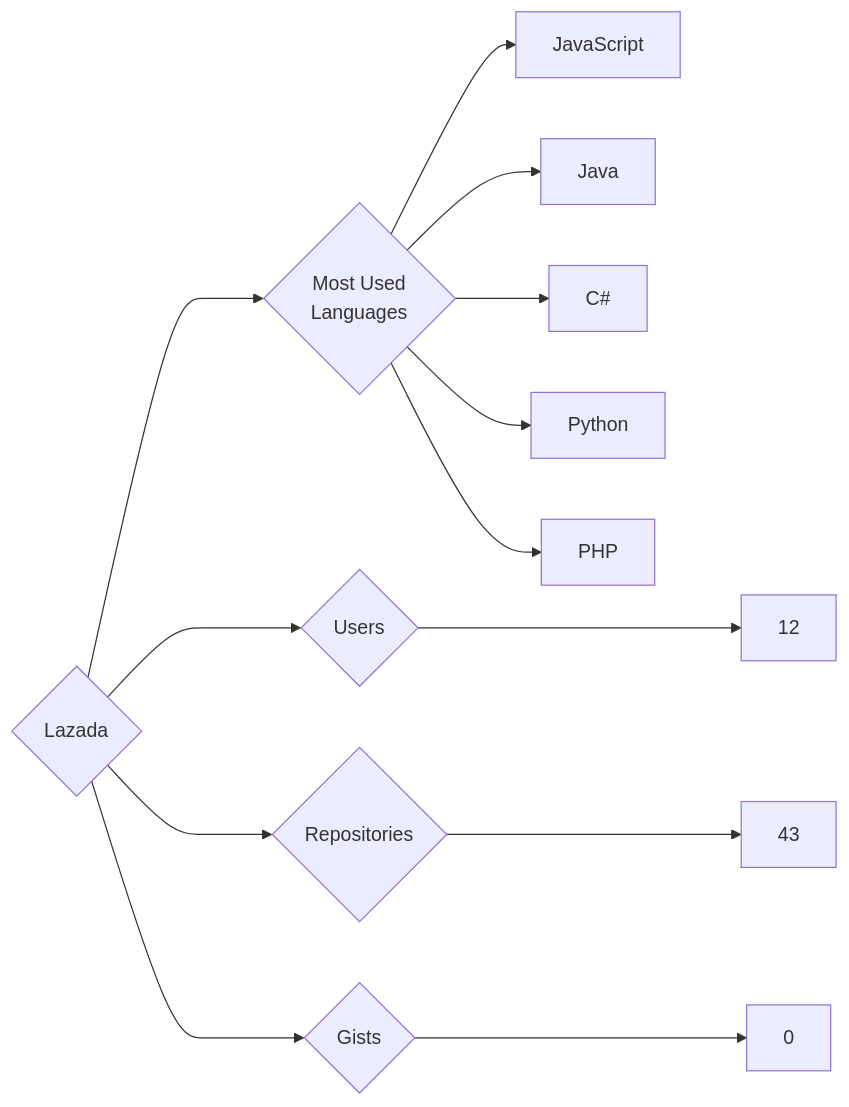
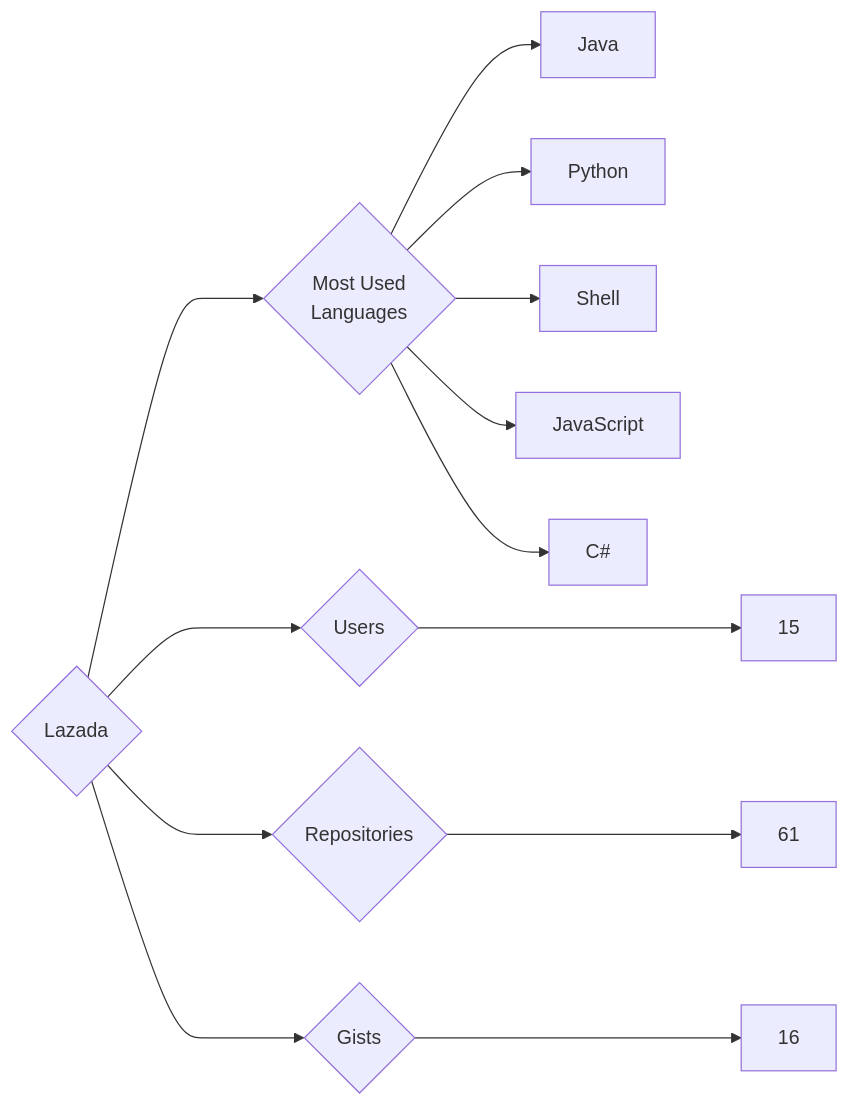
One commit to trickest/insiders changed the diagram in targets/Lazada/README.md. Above: the diagram before and after it, drawn with Mermaid. The commit also changed 984 other files, not shown here.

````diff
--- a/targets/Lazada/README.md
+++ b/targets/Lazada/README.md
@@ -3,13 +3,13 @@
 ```mermaid
 graph LR
 COMPANY_NAME{Lazada}
-COMPANY_NAME ---> U{Users} ---> UN[12]
-COMPANY_NAME ---> R{Repositories} ---> RN[43]
-COMPANY_NAME ---> G{Gists} ---> GN[0]
+COMPANY_NAME ---> U{Users} ---> UN[15]
+COMPANY_NAME ---> R{Repositories} ---> RN[61]
+COMPANY_NAME ---> G{Gists} ---> GN[16]
 COMPANY_NAME ---> ML{Most Used<br>Languages}
-ML --> JavaScript
-ML --> Java
-ML --> C#
-ML --> Python
-ML --> PHP
+ML --> Java[Java]
+ML --> Python[Python]
+ML --> Shell[Shell]
+ML --> JavaScript[JavaScript]
+ML --> C#[C#]
 ```
````
